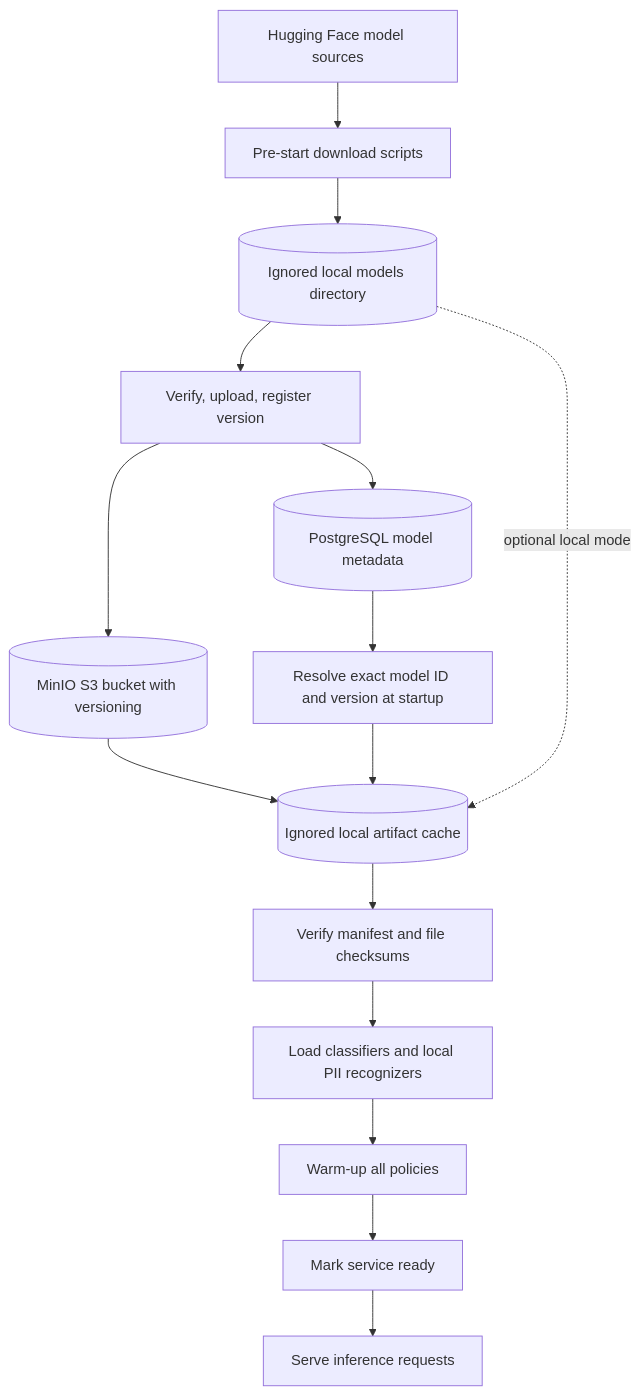
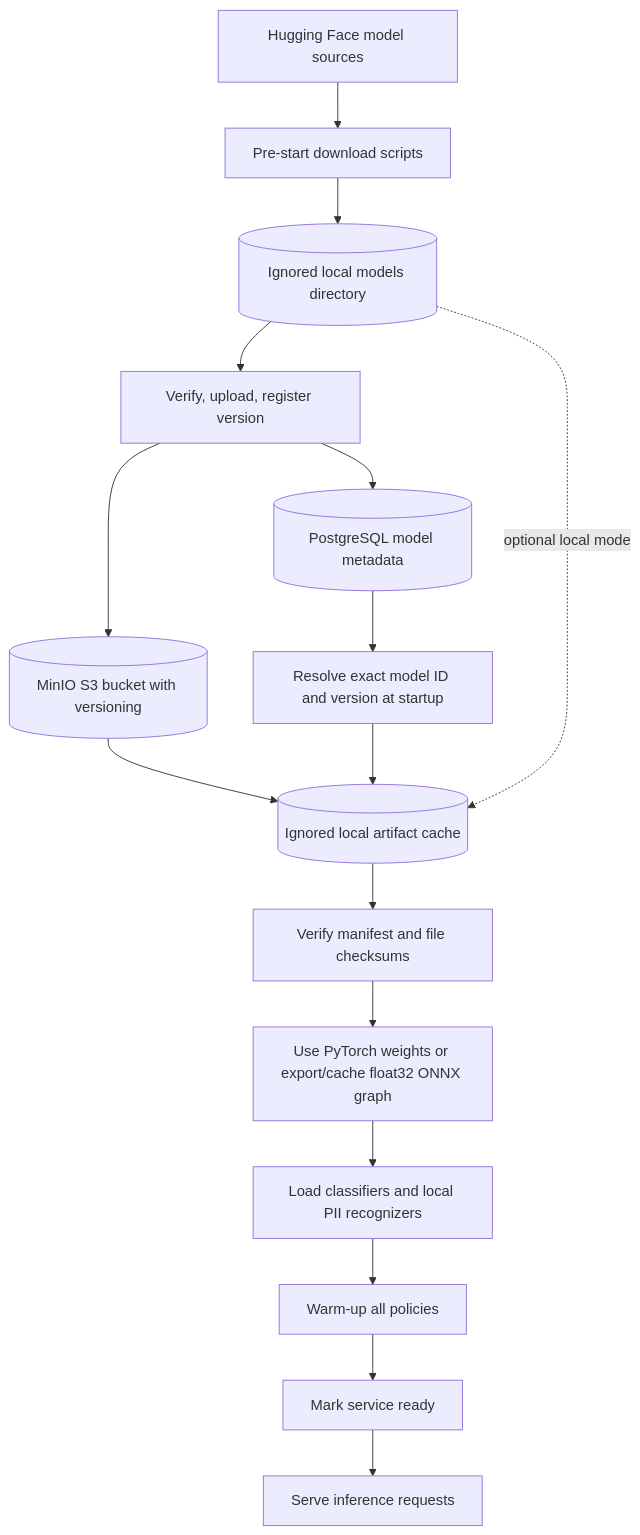
The diagram in docs/architecture/model-serving.md (amanpratapsingh54/guardrail-mini), drawn with Mermaid before and after one commit. The commit also changed other lines of this file and 19 other files, not shown here.

````diff
--- a/docs/architecture/model-serving.md
+++ b/docs/architecture/model-serving.md
@@ -7,17 +7,18 @@
 ```mermaid
 flowchart TD
     HF[Hugging Face model sources] --> Download[Pre-start download scripts]
     Download --> Local[(Ignored local models directory)]
     Local --> Upload[Verify, upload, register version]
     Upload --> S3[(MinIO S3 bucket with versioning)]
     Upload --> DB[(PostgreSQL model metadata)]
     DB --> Resolve[Resolve exact model ID and version at startup]
     S3 --> Cache[(Ignored local artifact cache)]
     Resolve --> Cache
     Local -. optional local mode .-> Cache
     Cache --> Checksum[Verify manifest and file checksums]
-    Checksum --> Load[Load classifiers and local PII recognizers]
+    Checksum --> Convert[Use PyTorch weights or export/cache float32 ONNX graph]
+    Convert --> Load[Load classifiers and local PII recognizers]
     Load --> Warmup[Warm-up all policies]
     Warmup --> Ready[Mark service ready]
     Ready --> Requests[Serve inference requests]
 ```
````
